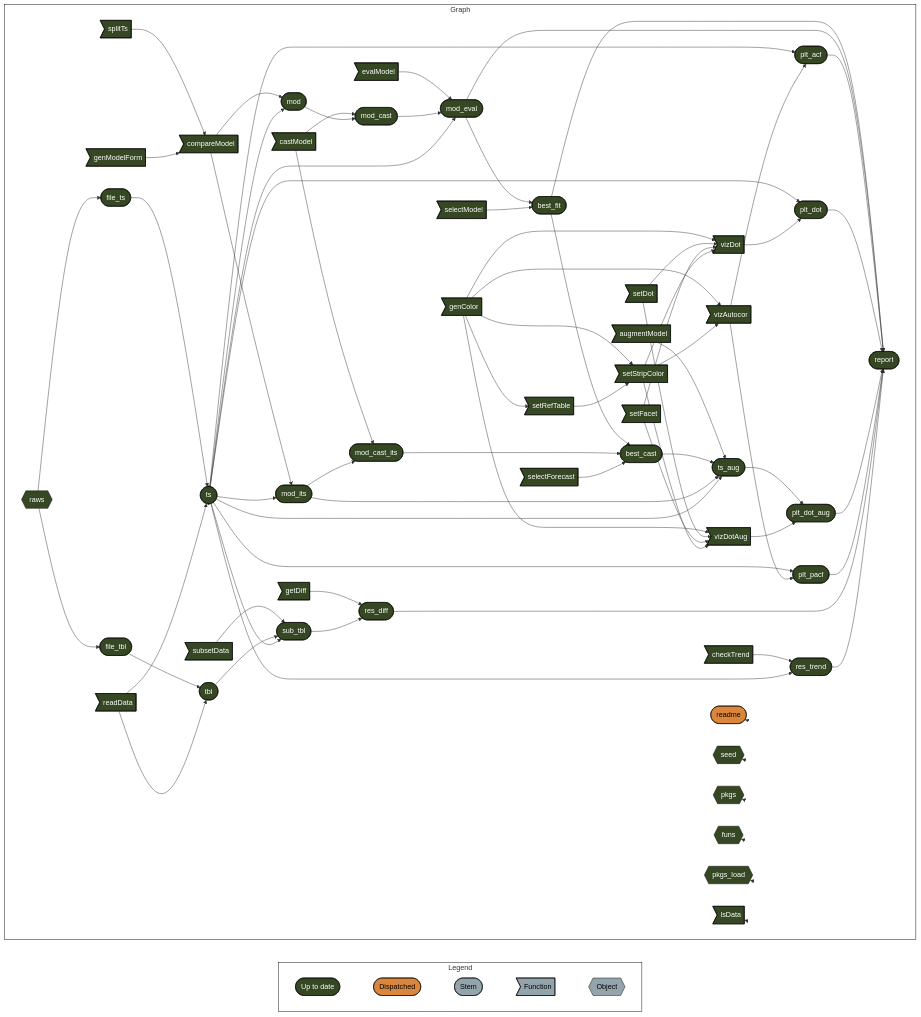
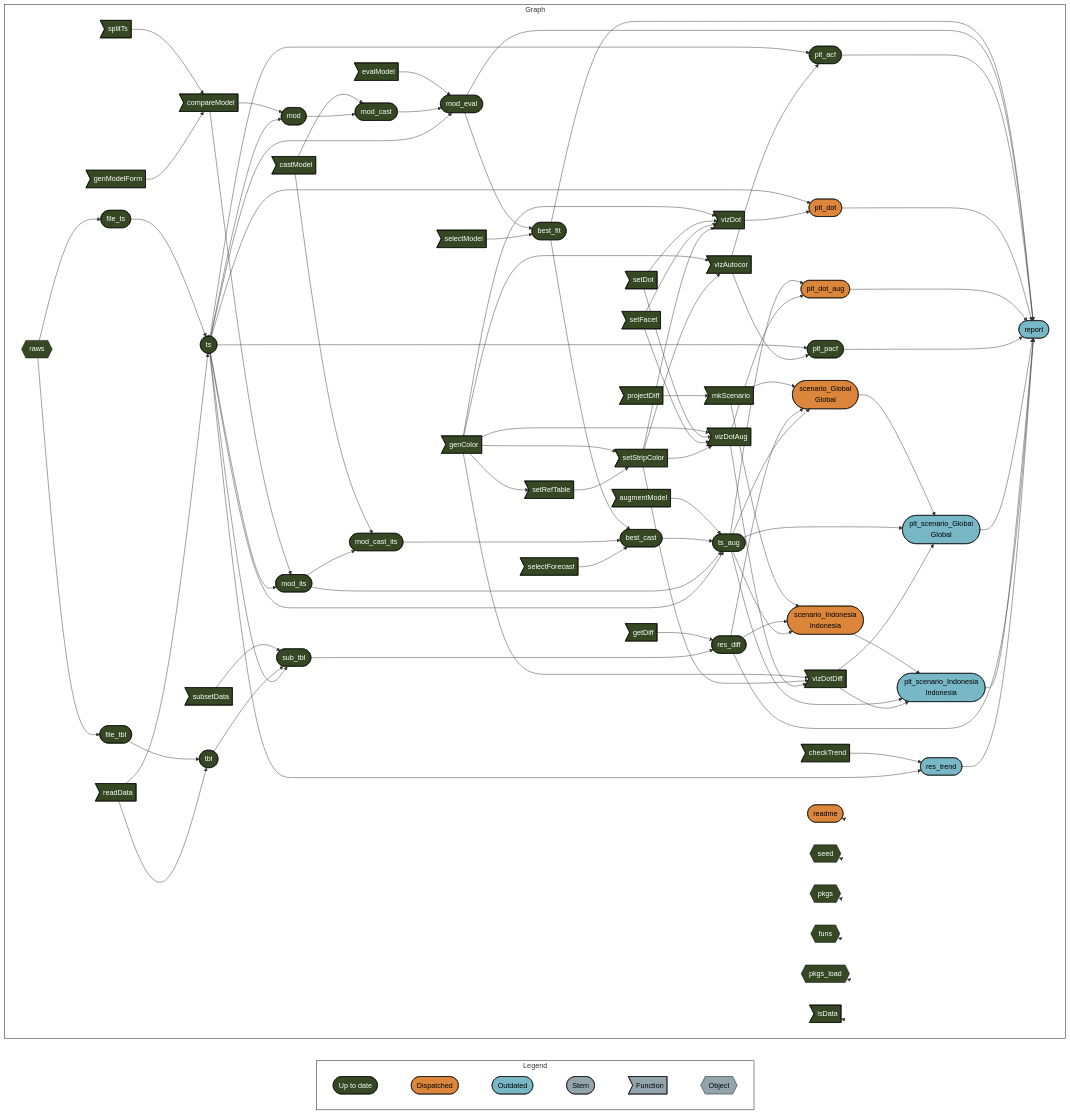
Before and after one commit to namakala/method-discrepancy-riskesdas: the diagram in README.md, drawn with Mermaid. The commit also changed other lines of this file, not shown here.

Commit message:
Update the README file

````diff
--- a/README.md
+++ b/README.md
@@ -82,7 +78,8 @@
   subgraph Legend
     direction LR
     xf1522833a4d242c5([""Up to date""]):::uptodate --- xb6630624a7b3aa0f([""Dispatched""]):::dispatched
-    xb6630624a7b3aa0f([""Dispatched""]):::dispatched --- xd03d7c7dd2ddda2b([""Stem""]):::none
+    xb6630624a7b3aa0f([""Dispatched""]):::dispatched --- x2db1ec7a48f65a9b([""Outdated""]):::outdated
+    x2db1ec7a48f65a9b([""Outdated""]):::outdated --- xd03d7c7dd2ddda2b([""Stem""]):::none
     xd03d7c7dd2ddda2b([""Stem""]):::none --- xeb2d7cac8a1ce544>""Function""]:::none
     xeb2d7cac8a1ce544>""Function""]:::none --- xbecb13963f49e50b{{""Object""}}:::none
   end
@@ -90,68 +87,86 @@
     direction LR
     x9252423d64d713bd>"genColor"]:::uptodate --> xe286972e47efcd5a>"setStripColor"]:::uptodate
     x9252423d64d713bd>"genColor"]:::uptodate --> xb8b267aae822a938>"vizDot"]:::uptodate
+    x9252423d64d713bd>"genColor"]:::uptodate --> x517170a0862823a9>"vizDotAug"]:::uptodate
+    x9252423d64d713bd>"genColor"]:::uptodate --> x2a04bef96d6f3589>"vizDotDiff"]:::uptodate
     x9252423d64d713bd>"genColor"]:::uptodate --> xd24d44e5b9dcbfab>"setRefTable"]:::uptodate
     x9252423d64d713bd>"genColor"]:::uptodate --> xa4ed09271e4b7e0c>"vizAutocor"]:::uptodate
-    x9252423d64d713bd>"genColor"]:::uptodate --> x517170a0862823a9>"vizDotAug"]:::uptodate
     xbd46e7a6b2bc9551>"setDot"]:::uptodate --> xb8b267aae822a938>"vizDot"]:::uptodate
     xbd46e7a6b2bc9551>"setDot"]:::uptodate --> x517170a0862823a9>"vizDotAug"]:::uptodate
     xb5013b1c32262a9b>"setFacet"]:::uptodate --> xb8b267aae822a938>"vizDot"]:::uptodate
     xb5013b1c32262a9b>"setFacet"]:::uptodate --> x517170a0862823a9>"vizDotAug"]:::uptodate
     xe286972e47efcd5a>"setStripColor"]:::uptodate --> xb8b267aae822a938>"vizDot"]:::uptodate
+    xe286972e47efcd5a>"setStripColor"]:::uptodate --> x517170a0862823a9>"vizDotAug"]:::uptodate
+    xe286972e47efcd5a>"setStripColor"]:::uptodate --> x2a04bef96d6f3589>"vizDotDiff"]:::uptodate
     xe286972e47efcd5a>"setStripColor"]:::uptodate --> xa4ed09271e4b7e0c>"vizAutocor"]:::uptodate
-    xe286972e47efcd5a>"setStripColor"]:::uptodate --> x517170a0862823a9>"vizDotAug"]:::uptodate
+    x517170a0862823a9>"vizDotAug"]:::uptodate --> x2a04bef96d6f3589>"vizDotDiff"]:::uptodate
     xd24d44e5b9dcbfab>"setRefTable"]:::uptodate --> xe286972e47efcd5a>"setStripColor"]:::uptodate
     x5cd0059b4a190559>"splitTs"]:::uptodate --> xacaa2b0b099a3bef>"compareModel"]:::uptodate
+    x6360f48c003dd319>"projectDiff"]:::uptodate --> x92dbc31cbd959c37>"mkScenario"]:::uptodate
     x2cba9b87114d8cdd>"genModelForm"]:::uptodate --> xacaa2b0b099a3bef>"compareModel"]:::uptodate
-    xa644072f7a1b7229>"castModel"]:::uptodate --> xee4f8d86dc7f5415(["mod_cast"]):::uptodate
-    xe177f97af32c2a84(["mod"]):::uptodate --> xee4f8d86dc7f5415(["mod_cast"]):::uptodate
-    x41ba333bb4a8eac2>"getDiff"]:::uptodate --> x97481d93fc034ba1(["res_diff"]):::uptodate
-    xace8ed3b55f17498(["sub_tbl"]):::uptodate --> x97481d93fc034ba1(["res_diff"]):::uptodate
+    xacaa2b0b099a3bef>"compareModel"]:::uptodate --> x310fe0d702765c29(["mod_its"]):::uptodate
+    x69167921da2c5a4c(["ts"]):::uptodate --> x310fe0d702765c29(["mod_its"]):::uptodate
     x35b4e9316d9a0feb(["best_fit"]):::uptodate --> x03f2053ede238c51(["best_cast"]):::uptodate
     xd5d9f89b36ce2fd3(["mod_cast_its"]):::uptodate --> x03f2053ede238c51(["best_cast"]):::uptodate
     x16fdcdd8569d4e24>"selectForecast"]:::uptodate --> x03f2053ede238c51(["best_cast"]):::uptodate
-    x35b4e9316d9a0feb(["best_fit"]):::uptodate --> xb72891f20a5b8df1(["report"]):::uptodate
-    x0e4824291d40911d(["mod_eval"]):::uptodate --> xb72891f20a5b8df1(["report"]):::uptodate
-    xc590316f7a9c8a5d(["plt_acf"]):::uptodate --> xb72891f20a5b8df1(["report"]):::uptodate
-    x15da876e665e6188(["plt_dot"]):::uptodate --> xb72891f20a5b8df1(["report"]):::uptodate
-    xa96ae55b1b18d8fc(["plt_dot_aug"]):::uptodate --> xb72891f20a5b8df1(["report"]):::uptodate
-    x674283d12376b53b(["plt_pacf"]):::uptodate --> xb72891f20a5b8df1(["report"]):::uptodate
-    x97481d93fc034ba1(["res_diff"]):::uptodate --> xb72891f20a5b8df1(["report"]):::uptodate
-    xbdb43b025d9b1b25(["res_trend"]):::uptodate --> xb72891f20a5b8df1(["report"]):::uptodate
-    xc488683e3df4e665(["ts_aug"]):::uptodate --> xa96ae55b1b18d8fc(["plt_dot_aug"]):::uptodate
-    x517170a0862823a9>"vizDotAug"]:::uptodate --> xa96ae55b1b18d8fc(["plt_dot_aug"]):::uptodate
+    x92dbc31cbd959c37>"mkScenario"]:::uptodate --> x7bd68e27376d8407(["scenario_Global<br>Global"]):::dispatched
+    x97481d93fc034ba1(["res_diff"]):::uptodate --> x7bd68e27376d8407(["scenario_Global<br>Global"]):::dispatched
+    xc488683e3df4e665(["ts_aug"]):::uptodate --> x7bd68e27376d8407(["scenario_Global<br>Global"]):::dispatched
+    xa644072f7a1b7229>"castModel"]:::uptodate --> xee4f8d86dc7f5415(["mod_cast"]):::uptodate
+    xe177f97af32c2a84(["mod"]):::uptodate --> xee4f8d86dc7f5415(["mod_cast"]):::uptodate
+    x7b6a434a2a79ead8>"evalModel"]:::uptodate --> x0e4824291d40911d(["mod_eval"]):::uptodate
+    xee4f8d86dc7f5415(["mod_cast"]):::uptodate --> x0e4824291d40911d(["mod_eval"]):::uptodate
+    x69167921da2c5a4c(["ts"]):::uptodate --> x0e4824291d40911d(["mod_eval"]):::uptodate
+    xd1a2bfa4d111d922(["scenario_Indonesia<br>Indonesia"]):::dispatched --> x03559e684440f76b(["plt_scenario_Indonesia<br>Indonesia"]):::outdated
+    xc488683e3df4e665(["ts_aug"]):::uptodate --> x03559e684440f76b(["plt_scenario_Indonesia<br>Indonesia"]):::outdated
+    x2a04bef96d6f3589>"vizDotDiff"]:::uptodate --> x03559e684440f76b(["plt_scenario_Indonesia<br>Indonesia"]):::outdated
+    x7bd68e27376d8407(["scenario_Global<br>Global"]):::dispatched --> xd714b9d178785540(["plt_scenario_Global<br>Global"]):::outdated
+    xc488683e3df4e665(["ts_aug"]):::uptodate --> xd714b9d178785540(["plt_scenario_Global<br>Global"]):::outdated
+    x2a04bef96d6f3589>"vizDotDiff"]:::uptodate --> xd714b9d178785540(["plt_scenario_Global<br>Global"]):::outdated
+    x1f6d76ea8940cecf{{"raws"}}:::uptodate --> x6fba182254a20175(["file_tbl"]):::uptodate
+    x41ba333bb4a8eac2>"getDiff"]:::uptodate --> x97481d93fc034ba1(["res_diff"]):::uptodate
+    xace8ed3b55f17498(["sub_tbl"]):::uptodate --> x97481d93fc034ba1(["res_diff"]):::uptodate
+    xb82194ad1d3356df(["file_ts"]):::uptodate --> x69167921da2c5a4c(["ts"]):::uptodate
+    x18b26034ab3a95e2>"readData"]:::uptodate --> x69167921da2c5a4c(["ts"]):::uptodate
+    x6fba182254a20175(["file_tbl"]):::uptodate --> xb24e8ba9befc2f2c(["tbl"]):::uptodate
+    x18b26034ab3a95e2>"readData"]:::uptodate --> xb24e8ba9befc2f2c(["tbl"]):::uptodate
+    x0e4824291d40911d(["mod_eval"]):::uptodate --> x35b4e9316d9a0feb(["best_fit"]):::uptodate
+    x1c4ab9118e3ea071>"selectModel"]:::uptodate --> x35b4e9316d9a0feb(["best_fit"]):::uptodate
+    x1f6d76ea8940cecf{{"raws"}}:::uptodate --> xb82194ad1d3356df(["file_ts"]):::uptodate
+    x35b4e9316d9a0feb(["best_fit"]):::uptodate --> xb72891f20a5b8df1(["report"]):::outdated
+    x0e4824291d40911d(["mod_eval"]):::uptodate --> xb72891f20a5b8df1(["report"]):::outdated
+    xc590316f7a9c8a5d(["plt_acf"]):::uptodate --> xb72891f20a5b8df1(["report"]):::outdated
+    x15da876e665e6188(["plt_dot"]):::dispatched --> xb72891f20a5b8df1(["report"]):::outdated
+    xa96ae55b1b18d8fc(["plt_dot_aug"]):::dispatched --> xb72891f20a5b8df1(["report"]):::outdated
+    x674283d12376b53b(["plt_pacf"]):::uptodate --> xb72891f20a5b8df1(["report"]):::outdated
+    xd714b9d178785540(["plt_scenario_Global<br>Global"]):::outdated --> xb72891f20a5b8df1(["report"]):::outdated
+    x03559e684440f76b(["plt_scenario_Indonesia<br>Indonesia"]):::outdated --> xb72891f20a5b8df1(["report"]):::outdated
+    x97481d93fc034ba1(["res_diff"]):::uptodate --> xb72891f20a5b8df1(["report"]):::outdated
+    xbdb43b025d9b1b25(["res_trend"]):::outdated --> xb72891f20a5b8df1(["report"]):::outdated
+    xe777d5278e8501a6>"checkTrend"]:::uptodate --> xbdb43b025d9b1b25(["res_trend"]):::outdated
+    x69167921da2c5a4c(["ts"]):::uptodate --> xbdb43b025d9b1b25(["res_trend"]):::outdated
+    x69167921da2c5a4c(["ts"]):::uptodate --> xc590316f7a9c8a5d(["plt_acf"]):::uptodate
+    xa4ed09271e4b7e0c>"vizAutocor"]:::uptodate --> xc590316f7a9c8a5d(["plt_acf"]):::uptodate
     x1a0b2ed0fd224eb0>"augmentModel"]:::uptodate --> xc488683e3df4e665(["ts_aug"]):::uptodate
     x03f2053ede238c51(["best_cast"]):::uptodate --> xc488683e3df4e665(["ts_aug"]):::uptodate
     x310fe0d702765c29(["mod_its"]):::uptodate --> xc488683e3df4e665(["ts_aug"]):::uptodate
     x69167921da2c5a4c(["ts"]):::uptodate --> xc488683e3df4e665(["ts_aug"]):::uptodate
-    xacaa2b0b099a3bef>"compareModel"]:::uptodate --> x310fe0d702765c29(["mod_its"]):::uptodate
-    x69167921da2c5a4c(["ts"]):::uptodate --> x310fe0d702765c29(["mod_its"]):::uptodate
     x69167921da2c5a4c(["ts"]):::uptodate --> x674283d12376b53b(["plt_pacf"]):::uptodate
     xa4ed09271e4b7e0c>"vizAutocor"]:::uptodate --> x674283d12376b53b(["plt_pacf"]):::uptodate
-    x1f6d76ea8940cecf{{"raws"}}:::uptodate --> xb82194ad1d3356df(["file_ts"]):::uptodate
-    x1f6d76ea8940cecf{{"raws"}}:::uptodate --> x6fba182254a20175(["file_tbl"]):::uptodate
-    x0e4824291d40911d(["mod_eval"]):::uptodate --> x35b4e9316d9a0feb(["best_fit"]):::uptodate
-    x1c4ab9118e3ea071>"selectModel"]:::uptodate --> x35b4e9316d9a0feb(["best_fit"]):::uptodate
-    x7b6a434a2a79ead8>"evalModel"]:::uptodate --> x0e4824291d40911d(["mod_eval"]):::uptodate
-    xee4f8d86dc7f5415(["mod_cast"]):::uptodate --> x0e4824291d40911d(["mod_eval"]):::uptodate
-    x69167921da2c5a4c(["ts"]):::uptodate --> x0e4824291d40911d(["mod_eval"]):::uptodate
-    x69167921da2c5a4c(["ts"]):::uptodate --> xc590316f7a9c8a5d(["plt_acf"]):::uptodate
-    xa4ed09271e4b7e0c>"vizAutocor"]:::uptodate --> xc590316f7a9c8a5d(["plt_acf"]):::uptodate
-    x6fba182254a20175(["file_tbl"]):::uptodate --> xb24e8ba9befc2f2c(["tbl"]):::uptodate
-    x18b26034ab3a95e2>"readData"]:::uptodate --> xb24e8ba9befc2f2c(["tbl"]):::uptodate
-    x69167921da2c5a4c(["ts"]):::uptodate --> x15da876e665e6188(["plt_dot"]):::uptodate
-    xb8b267aae822a938>"vizDot"]:::uptodate --> x15da876e665e6188(["plt_dot"]):::uptodate
+    x92dbc31cbd959c37>"mkScenario"]:::uptodate --> xd1a2bfa4d111d922(["scenario_Indonesia<br>Indonesia"]):::dispatched
+    x97481d93fc034ba1(["res_diff"]):::uptodate --> xd1a2bfa4d111d922(["scenario_Indonesia<br>Indonesia"]):::dispatched
+    xc488683e3df4e665(["ts_aug"]):::uptodate --> xd1a2bfa4d111d922(["scenario_Indonesia<br>Indonesia"]):::dispatched
     xa644072f7a1b7229>"castModel"]:::uptodate --> xd5d9f89b36ce2fd3(["mod_cast_its"]):::uptodate
     x310fe0d702765c29(["mod_its"]):::uptodate --> xd5d9f89b36ce2fd3(["mod_cast_its"]):::uptodate
     xacaa2b0b099a3bef>"compareModel"]:::uptodate --> xe177f97af32c2a84(["mod"]):::uptodate
     x69167921da2c5a4c(["ts"]):::uptodate --> xe177f97af32c2a84(["mod"]):::uptodate
-    xe777d5278e8501a6>"checkTrend"]:::uptodate --> xbdb43b025d9b1b25(["res_trend"]):::uptodate
-    x69167921da2c5a4c(["ts"]):::uptodate --> xbdb43b025d9b1b25(["res_trend"]):::uptodate
+    x69167921da2c5a4c(["ts"]):::uptodate --> x15da876e665e6188(["plt_dot"]):::dispatched
+    xb8b267aae822a938>"vizDot"]:::uptodate --> x15da876e665e6188(["plt_dot"]):::dispatched
+    xc488683e3df4e665(["ts_aug"]):::uptodate --> xa96ae55b1b18d8fc(["plt_dot_aug"]):::dispatched
+    x517170a0862823a9>"vizDotAug"]:::uptodate --> xa96ae55b1b18d8fc(["plt_dot_aug"]):::dispatched
     xd7e58f14e419de9c>"subsetData"]:::uptodate --> xace8ed3b55f17498(["sub_tbl"]):::uptodate
     xb24e8ba9befc2f2c(["tbl"]):::uptodate --> xace8ed3b55f17498(["sub_tbl"]):::uptodate
     x69167921da2c5a4c(["ts"]):::uptodate --> xace8ed3b55f17498(["sub_tbl"]):::uptodate
-    xb82194ad1d3356df(["file_ts"]):::uptodate --> x69167921da2c5a4c(["ts"]):::uptodate
-    x18b26034ab3a95e2>"readData"]:::uptodate --> x69167921da2c5a4c(["ts"]):::uptodate
     xc11069275cfeb620(["readme"]):::dispatched --> xc11069275cfeb620(["readme"]):::dispatched
     x4d3ec24f81457d7f{{"seed"}}:::uptodate --> x4d3ec24f81457d7f{{"seed"}}:::uptodate
     x2f12837377761a1b{{"pkgs"}}:::uptodate --> x2f12837377761a1b{{"pkgs"}}:::uptodate
@@ -161,15 +176,17 @@
   end
   classDef uptodate stroke:#000000,color:#ffffff,fill:#354823;
   classDef dispatched stroke:#000000,color:#000000,fill:#DC863B;
+  classDef outdated stroke:#000000,color:#000000,fill:#78B7C5;
   classDef none stroke:#000000,color:#000000,fill:#94a4ac;
   linkStyle 0 stroke-width:0px;
   linkStyle 1 stroke-width:0px;
   linkStyle 2 stroke-width:0px;
   linkStyle 3 stroke-width:0px;
-  linkStyle 68 stroke-width:0px;
-  linkStyle 69 stroke-width:0px;
-  linkStyle 70 stroke-width:0px;
-  linkStyle 71 stroke-width:0px;
-  linkStyle 72 stroke-width:0px;
-  linkStyle 73 stroke-width:0px;
+  linkStyle 4 stroke-width:0px;
+  linkStyle 87 stroke-width:0px;
+  linkStyle 88 stroke-width:0px;
+  linkStyle 89 stroke-width:0px;
+  linkStyle 90 stroke-width:0px;
+  linkStyle 91 stroke-width:0px;
+  linkStyle 92 stroke-width:0px;
 ```
````
